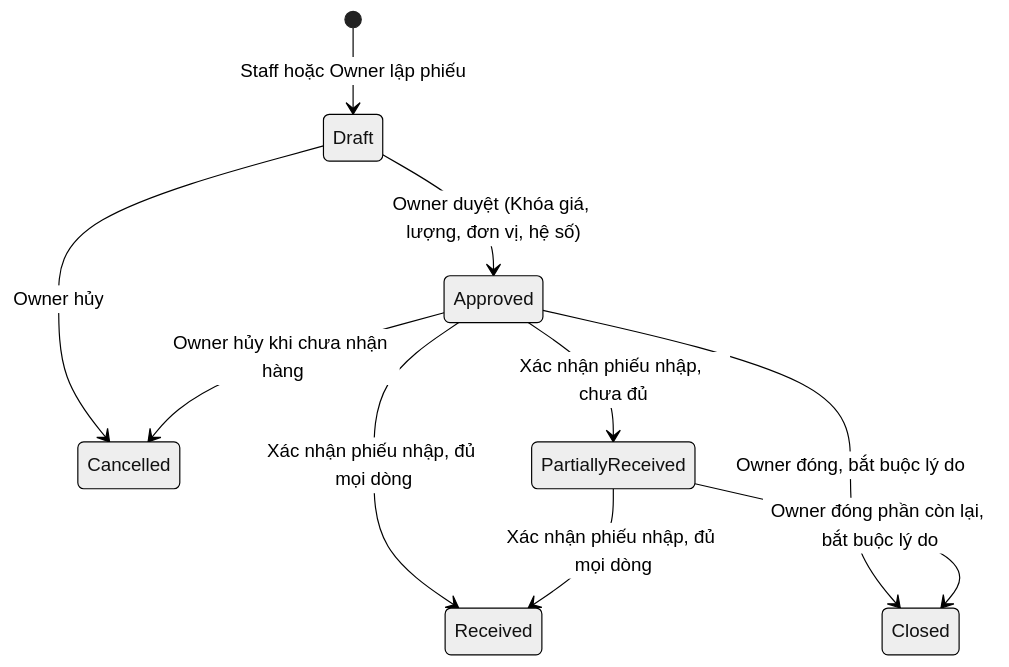
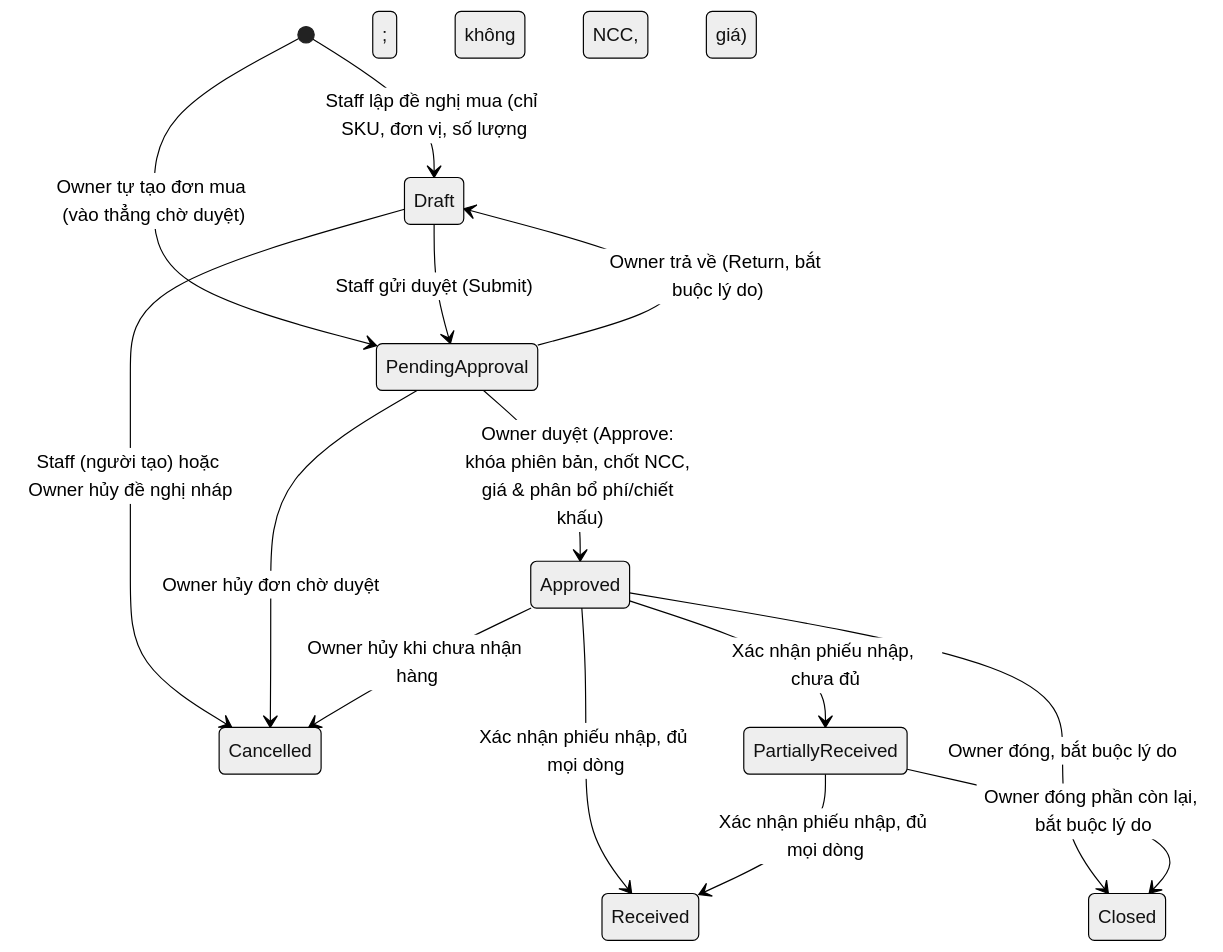
Before and after one commit to khoalvd839764-netizen/OISMS: the fourth of 8 diagrams in docs/04-architecture-and-design/04-state-machines.md, drawn with Mermaid (neutral theme). The commit also changed other lines of this file and 52 other files, not shown here.

Commit message:
[OISMS-66] feat(purchase-order): luồng PendingApproval, phân bổ phí VAS 02 và bỏ hóa đơn NCC

````diff
--- a/docs/04-architecture-and-design/04-state-machines.md
+++ b/docs/04-architecture-and-design/04-state-machines.md
@@ -80,12 +81,16 @@
 ```mermaid
 stateDiagram-v2
-    [*] --> Draft : Staff hoặc Owner lập phiếu
-    Draft --> Approved : Owner duyệt (Khóa giá, lượng, đơn vị, hệ số)
-    Draft --> Cancelled : Owner hủy
+    [*] --> Draft : Staff lập đề nghị mua (chỉ SKU, đơn vị, số lượng; không NCC, không giá)
+    [*] --> PendingApproval : Owner tự tạo đơn mua (vào thẳng chờ duyệt)
+    Draft --> PendingApproval : Staff gửi duyệt (Submit)
+    Draft --> Cancelled : Staff (người tạo) hoặc Owner hủy đề nghị nháp
+    PendingApproval --> Draft : Owner trả về (Return, bắt buộc lý do)
+    PendingApproval --> Approved : Owner duyệt (Approve: khóa phiên bản, chốt NCC, giá & phân bổ phí/chiết khấu)
+    PendingApproval --> Cancelled : Owner hủy đơn chờ duyệt
     Approved --> Cancelled : Owner hủy khi chưa nhận hàng
     Approved --> PartiallyReceived : Xác nhận phiếu nhập, chưa đủ
     Approved --> Received : Xác nhận phiếu nhập, đủ mọi dòng
     PartiallyReceived --> Received : Xác nhận phiếu nhập, đủ mọi dòng
     Approved --> Closed : Owner đóng, bắt buộc lý do
     PartiallyReceived --> Closed : Owner đóng phần còn lại, bắt buộc lý do
 ```
````
